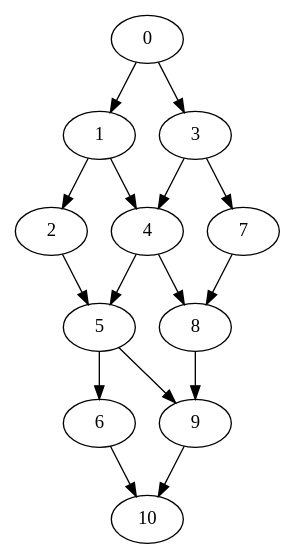
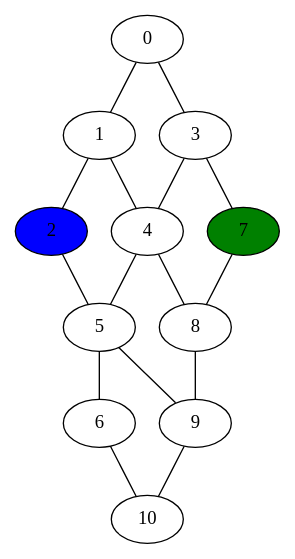
One commit to nox-x/finder changed the diagram in dot/graph11a.txt.dot. Above: the diagram before and after it, drawn with Graphviz. The commit also changed 21 other files, not shown here.

```diff
--- a/dot/graph11a.txt.dot
+++ b/dot/graph11a.txt.dot
@@ -1,17 +1,19 @@
-digraph G {
-0 -> 1
-0 -> 3
-1 -> 2
-1 -> 4
-2 -> 5
-3 -> 4
-3 -> 7
-4 -> 5
-4 -> 8
-5 -> 6
-5 -> 9
-6 -> 10
-7 -> 8
-8 -> 9
-9 -> 10
+graph G {
+0 -- 1
+0 -- 3
+1 -- 2
+1 -- 4
+2 -- 5
+3 -- 4
+3 -- 7
+4 -- 5
+4 -- 8
+5 -- 6
+5 -- 9
+6 -- 10
+7 -- 8
+8 -- 9
+9 -- 10
+7 [fillcolor=green, style=filled]
+2 [fillcolor=blue, style=filled]
 }
```
